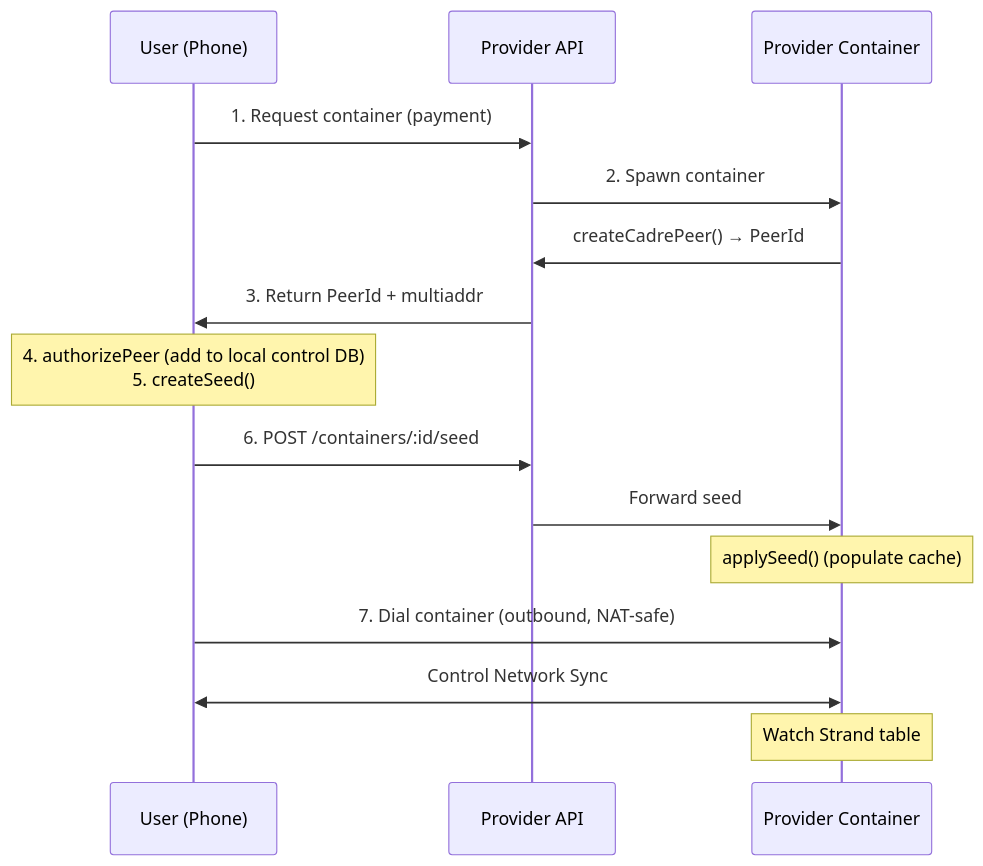
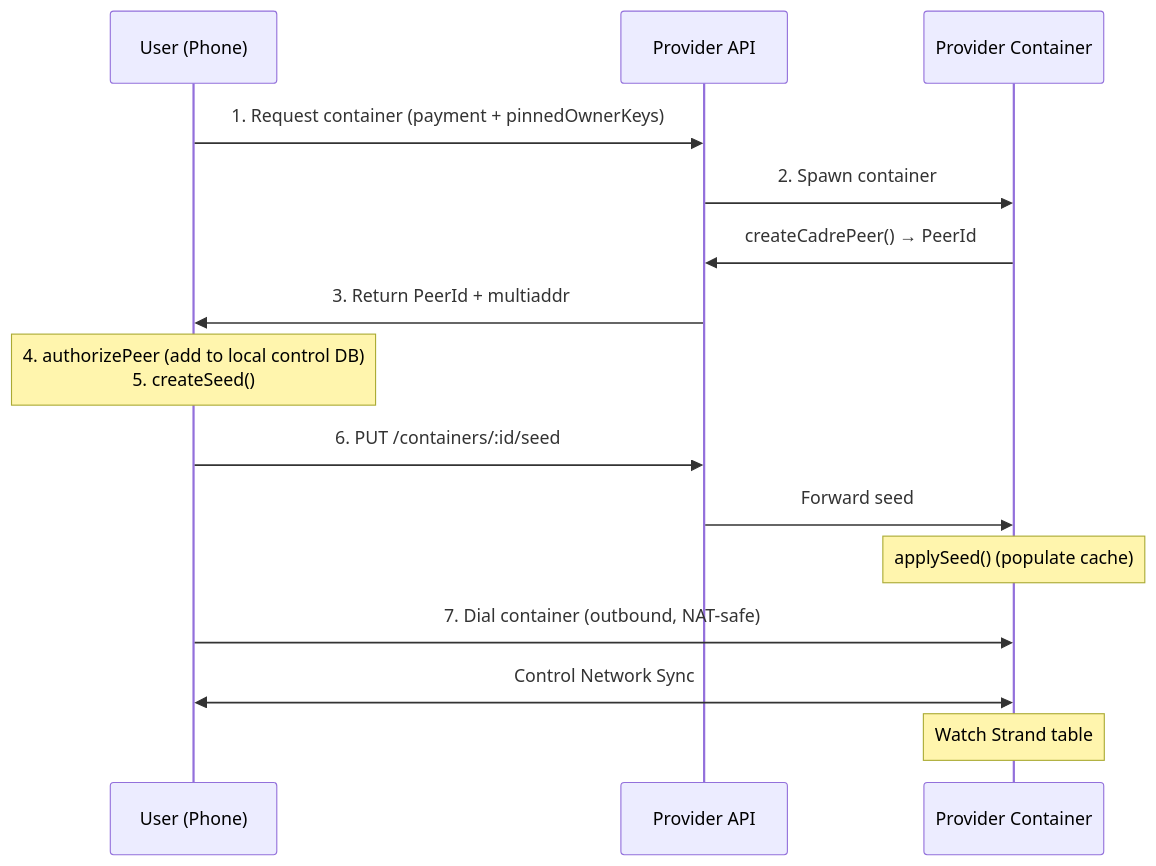
One commit to gotchoices/sereus changed the tenth of 12 diagrams in docs/architecture.md. Above: the diagram before and after it, drawn with Mermaid. The commit also changed other lines of this file and 9 other files, not shown here.

````diff
--- a/docs/architecture.md
+++ b/docs/architecture.md
@@ -715,17 +715,17 @@
 ```mermaid
 sequenceDiagram
     participant U as User (Phone)
     participant P as Provider API
     participant C as Provider Container
-    U->>P: 1. Request container (payment)
+    U->>P: 1. Request container (payment + pinnedOwnerKeys)
     P->>C: 2. Spawn container
     C->>P: createCadrePeer() → PeerId
     P->>U: 3. Return PeerId + multiaddr
     Note over U: 4. authorizePeer (add to local control DB)<br/>5. createSeed()
-    U->>P: 6. POST /containers/:id/seed
+    U->>P: 6. PUT /containers/:id/seed
     P->>C: Forward seed
     Note over C: applySeed() (populate cache)
     U->>C: 7. Dial container (outbound, NAT-safe)
     U<<->>C: Control Network Sync
     Note over C: Watch Strand table
 ```
````
